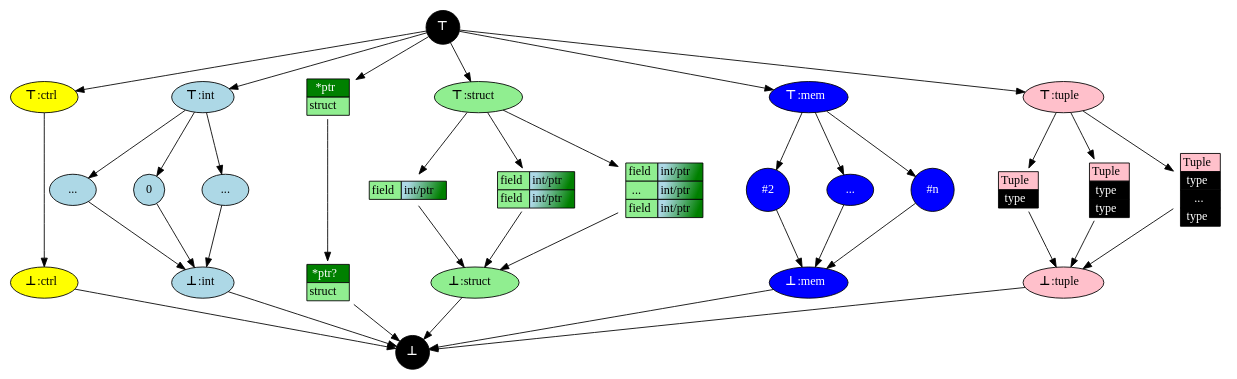
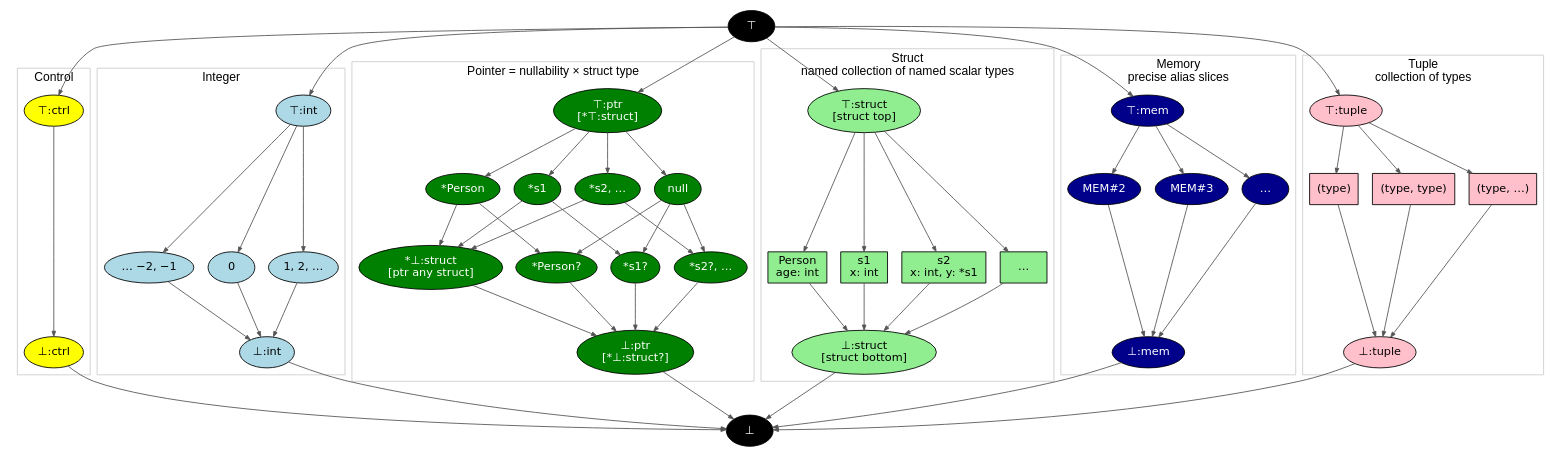
The diagram in chapter10b/docs/lattice.gv (SeaOfNodes/Simple), drawn with Graphviz before and after one commit. The commit also changed 28 other files, not shown here.

```diff
--- a/chapter10b/docs/lattice.gv
+++ b/chapter10b/docs/lattice.gv
@@ -1,161 +1,114 @@
 digraph Lattice {
-    compound = true;
-    // Define nodes
-    splines=false;
-    node [shape=circle, style=filled];
-    nodesep=0.6;
+    rankdir=TB;
+    newrank=true;
+    // Preserve the same-rank ordering edges through cluster layout.
+    remincross=false;
+    nodesep=0.22;
+    ranksep=0.65;
+    node [shape=ellipse, style=filled, fontname="DejaVu Sans", fontsize=13];
+    edge [color="#555555", arrowsize=0.6];
 
-    TOP [label=<<B>⊤</B >>, fillcolor=black, fontcolor=white];
-    BOT [label=<<B>⊥</B>>, fillcolor=black, fontcolor=white];
+    // These arrows are lattice-order edges, not use/definition edges.
+    TOP [label="⊤", fillcolor=black, fontcolor=white];
+    BOT [label="⊥", fillcolor=black, fontcolor=white];
 
-    // ----------------------
-    // Control
-    XCTRL [label=<<B>⊤</B >:ctrl>, fillcolor=yellow, shape=oval];
-    CTRL  [label=<<B>⊥</B>:ctrl>, fillcolor=yellow, shape=oval];
+    subgraph cluster_control {
+        label="Control"; fontname="Arial"; color="#cccccc";
+        node [fillcolor="#ffff00"];
+        XCTRL [label="⊤:ctrl"];
+        CTRL [label="⊥:ctrl"];
+        XCTRL -> CTRL;
+    }
 
-    TOP   -> XCTRL;
-    XCTRL -> CTRL;
-    CTRL  -> BOT;
+    subgraph cluster_integer {
+        label="Integer"; fontname="Arial"; color="#cccccc";
+        node [fillcolor="#add8e6"];
+        INT_TOP [label="⊤:int"];
+        INT_BOT [label="⊥:int"];
+        INT_NEG [label="… −2, −1"];
+        INT_ZERO [label="0"];
+        INT_POS [label="1, 2, …"];
+        {rank=same; INT_NEG; INT_ZERO; INT_POS;}
+        INT_NEG -> INT_ZERO -> INT_POS [style=invis];
+        INT_TOP -> {INT_NEG INT_ZERO INT_POS};
+        {INT_NEG INT_ZERO INT_POS} -> INT_BOT;
+    }
 
-    // ----------------------
-    // Integers
-    INT_TOP [label=<<B>⊤</B >:int>, fillcolor=lightblue, shape=oval];
-    INT_BOT [label=<<B>⊥</B>:int>, fillcolor=lightblue, shape=oval];
+    subgraph cluster_pointer {
+        label="Pointer = nullability × struct type";
+        fontname="Arial"; color="#cccccc";
+        node [fillcolor="#008000", fontcolor=white];
+        PTR_TOP [label="⊤:ptr\n[*⊤:struct]"];
+        PTR_BOT [label="⊥:ptr\n[*⊥:struct?]"];
+        PTR_NULL [label="null"];
+        PTR_ANY [label="*⊥:struct\n[ptr any struct]"];
+        PTR_PERSON [label="*Person"];
+        PTR_S1 [label="*s1"];
+        PTR_MORE [label="*s2, …"];
+        PTR_PERSON_NIL [label="*Person?"];
+        PTR_S1_NIL [label="*s1?"];
+        PTR_MORE_NIL [label="*s2?, …"];
+        {rank=same; PTR_PERSON; PTR_S1; PTR_MORE; PTR_NULL;}
+        {rank=same; PTR_ANY; PTR_PERSON_NIL; PTR_S1_NIL; PTR_MORE_NIL;}
+        PTR_PERSON -> PTR_S1 -> PTR_MORE -> PTR_NULL [style=invis];
+        PTR_ANY -> PTR_PERSON_NIL -> PTR_S1_NIL -> PTR_MORE_NIL [style=invis];
+        PTR_TOP -> {PTR_PERSON PTR_S1 PTR_MORE PTR_NULL};
+        {PTR_PERSON PTR_S1 PTR_MORE} -> PTR_ANY;
+        PTR_PERSON -> PTR_PERSON_NIL;
+        PTR_S1 -> PTR_S1_NIL;
+        PTR_MORE -> PTR_MORE_NIL;
+        PTR_NULL -> {PTR_PERSON_NIL PTR_S1_NIL PTR_MORE_NIL};
+        {PTR_ANY PTR_PERSON_NIL PTR_S1_NIL PTR_MORE_NIL} -> PTR_BOT;
+    }
 
-    INT_MINDOTS [label="...", fillcolor=lightblue, shape=oval];
-    INT_ZERO    [label="0"  , fillcolor=lightblue];
-    INT_MAXDOTS [label="...", fillcolor=lightblue, shape=oval];
+    subgraph cluster_struct {
+        label="Struct\nnamed collection of named scalar types";
+        fontname="Arial"; color="#cccccc";
+        node [fillcolor="#90ee90"];
+        STRUCT_TOP [label="⊤:struct\n[struct top]"];
+        STRUCT_BOT [label="⊥:struct\n[struct bottom]"];
+        STRUCT_PERSON [label="Person\nage: int", shape=box];
+        STRUCT_S1 [label="s1\nx: int", shape=box];
+        STRUCT_S2 [label="s2\nx: int, y: *s1", shape=box];
+        STRUCT_MORE [label="…", shape=box];
+        {rank=same; STRUCT_PERSON; STRUCT_S1; STRUCT_S2; STRUCT_MORE;}
+        STRUCT_PERSON -> STRUCT_S1 -> STRUCT_S2 -> STRUCT_MORE [style=invis];
+        STRUCT_TOP -> {STRUCT_PERSON STRUCT_S1 STRUCT_S2 STRUCT_MORE};
+        {STRUCT_PERSON STRUCT_S1 STRUCT_S2 STRUCT_MORE} -> STRUCT_BOT;
+    }
 
-    TOP         -> INT_TOP;
-    INT_TOP     -> INT_MINDOTS;
-    INT_TOP     -> INT_ZERO;
-    INT_TOP     -> INT_MAXDOTS;
-    INT_MINDOTS -> INT_BOT;
-    INT_ZERO    -> INT_BOT;
-    INT_MAXDOTS -> INT_BOT;
-    INT_BOT     -> BOT;
+    subgraph cluster_memory {
+        label="Memory\nprecise alias slices"; fontname="Arial"; color="#cccccc";
+        node [fillcolor="#00008b", fontcolor=white];
+        MEM_TOP [label="⊤:mem"];
+        MEM_BOT [label="⊥:mem"];
+        MEM_ALIAS2 [label="MEM#2"];
+        MEM_ALIAS3 [label="MEM#3"];
+        MEM_MORE [label="…"];
+        {rank=same; MEM_ALIAS2; MEM_ALIAS3; MEM_MORE;}
+        MEM_ALIAS2 -> MEM_ALIAS3 -> MEM_MORE [style=invis];
+        MEM_TOP -> {MEM_ALIAS2 MEM_ALIAS3 MEM_MORE};
+        {MEM_ALIAS2 MEM_ALIAS3 MEM_MORE} -> MEM_BOT;
+    }
 
-    INT_MINDOTS -> INT_ZERO -> INT_MAXDOTS [style=invis];
+    subgraph cluster_tuple {
+        label="Tuple\ncollection of types";
+        fontname="Arial"; color="#cccccc";
+        node [fillcolor="#ffc0cb"];
+        TUPLE_TOP [label="⊤:tuple"];
+        TUPLE_BOT [label="⊥:tuple"];
+        TUPLE1 [label="(type)", shape=box];
+        TUPLE2 [label="(type, type)", shape=box];
+        TUPLEN [label="(type, …)", shape=box];
+        {rank=same; TUPLE1; TUPLE2; TUPLEN;}
+        TUPLE1 -> TUPLE2 -> TUPLEN [style=invis];
+        TUPLE_TOP -> {TUPLE1 TUPLE2 TUPLEN};
+        {TUPLE1 TUPLE2 TUPLEN} -> TUPLE_BOT;
+    }
 
-    // ----------------------
-    // Pointers, just a boolean nil/not and a struct
-    PTR  [shape=none, fillcolor=none, label=<
-      <TABLE BORDER="0" CELLBORDER="1" CELLSPACING="0">
-        <TR><TD BGCOLOR="green"><FONT color="white">*ptr</FONT></TD></TR>
-        <TR><TD BGCOLOR="lightgreen">struct</TD></TR>
-      </TABLE>
-    >];
-    PTR0  [shape=none, fillcolor=none, label=<
-      <TABLE BORDER="0" CELLBORDER="1" CELLSPACING="0">
-        <TR><TD BGCOLOR="green"><FONT color="white">*ptr?</FONT></TD></TR>
-        <TR><TD BGCOLOR="lightgreen">struct</TD></TR>
-      </TABLE>
-    >];
-    
-    TOP  -> PTR;
-    PTR  -> PTR0;
-    PTR0 -> BOT;
-
-    // ----------------------
-    // Structs
-    STRUCT_TOP    [label=<<B>⊤</B >:struct>, fillcolor=lightgreen, shape=oval];
-    STRUCT_BOT    [label=<<B>⊥</B>:struct>, fillcolor=lightgreen, shape=oval];
-
-    STRUCT_S1  [shape=none, fillcolor=none, label=<
-      <TABLE BORDER="0" CELLBORDER="1" CELLSPACING="0">
-        <TR><TD BGCOLOR="lightgreen">field</TD><TD BGCOLOR="lightblue:green" gradientangle="315">int/ptr</TD></TR>
-      </TABLE>
-    >];
-    STRUCT_S2  [shape=none, fillcolor=none, label=<
-      <TABLE BORDER="0" CELLBORDER="1" CELLSPACING="0">
-        <TR><TD BGCOLOR="lightgreen">field</TD><TD BGCOLOR="lightblue:green" gradientangle="315">int/ptr</TD></TR>
-        <TR><TD BGCOLOR="lightgreen">field</TD><TD BGCOLOR="lightblue:green" gradientangle="315">int/ptr</TD></TR>
-      </TABLE>
-    >];
-    STRUCT_SN  [shape=none, fillcolor=none, label=<
-      <TABLE BORDER="0" CELLBORDER="1" CELLSPACING="0">
-        <TR><TD BGCOLOR="lightgreen">field</TD><TD BGCOLOR="lightblue:green" gradientangle="315">int/ptr</TD></TR>
-        <TR><TD BGCOLOR="lightgreen">...  </TD><TD BGCOLOR="lightblue:green" gradientangle="315">int/ptr</TD></TR>
-        <TR><TD BGCOLOR="lightgreen">field</TD><TD BGCOLOR="lightblue:green" gradientangle="315">int/ptr</TD></TR>
-      </TABLE>
-    >];
-
-
-    TOP          -> STRUCT_TOP;
-    STRUCT_TOP   -> STRUCT_S1;
-    STRUCT_TOP   -> STRUCT_S2;
-    STRUCT_TOP   -> STRUCT_SN;
-    STRUCT_S1    -> STRUCT_BOT;
-    STRUCT_S2    -> STRUCT_BOT;
-    STRUCT_SN    -> STRUCT_BOT;
-    STRUCT_BOT   -> BOT;
-
-    STRUCT_S1 -> STRUCT_S2 -> STRUCT_SN [style=invis];
-
-    // ----------------------
-    // Memory
-    MEM_TOP       [label=<<B>⊤</B >:mem>, fillcolor=blue, fontcolor=white, shape=oval];
-    MEM_BOT       [label=<<B>⊥</B>:mem>, fillcolor=blue, fontcolor=white, shape=oval];
-    MEM_ALIAS1    [label="#2"     , fillcolor=blue, fontcolor=white];
-    MEM_ALIASDOTS [label="..."    , fillcolor=blue, fontcolor=white, shape=oval];
-    MEM_ALIASN    [label="#n"     , fillcolor=blue, fontcolor=white];
-
-    TOP          -> MEM_TOP;
-    MEM_TOP      -> MEM_ALIAS1;
-    MEM_TOP      -> MEM_ALIASDOTS;
-    MEM_TOP      -> MEM_ALIASN;
-    MEM_ALIAS1   -> MEM_BOT;
-    MEM_ALIASDOTS -> MEM_BOT;
-    MEM_ALIASN    -> MEM_BOT;
-    MEM_BOT       -> BOT;
-
-    MEM_ALIAS1 -> MEM_ALIASDOTS -> MEM_ALIASN [style=invis];
-
-    // ----------------------
-    // Tuples
-
-    TUPLE_TOP [label=<<B>⊤</B >:tuple>, fillcolor=pink, shape=oval];
-    TUPLE_BOT [label=<<B>⊥</B>:tuple>, fillcolor=pink, shape=oval];
-
-    TUPLE1 [shape=none, fillcolor=none, label=<
-      <TABLE BORDER="0" CELLBORDER="1" CELLSPACING="0">
-        <TR><TD BGCOLOR="pink">Tuple</TD></TR>
-        <TR><TD BGCOLOR="black" ><FONT color="white">type</FONT></TD></TR>
-      </TABLE>
-    >];
-    TUPLE2 [shape=none, fillcolor=none, label=<
-      <TABLE BORDER="0" CELLBORDER="1" CELLSPACING="0">
-        <TR><TD BGCOLOR="pink">Tuple</TD></TR>
-        <TR><TD BGCOLOR="black" ><FONT color="white">type</FONT></TD></TR>
-        <TR><TD BGCOLOR="black" ><FONT color="white">type</FONT></TD></TR>
-      </TABLE>
-    >];
-    TUPLEN [shape=none, fillcolor=none, label=<
-      <TABLE BORDER="0" CELLBORDER="1" CELLSPACING="0">
-        <TR><TD BGCOLOR="pink">Tuple</TD></TR>
-        <TR><TD BGCOLOR="black" ><FONT color="white">type</FONT></TD></TR>
-        <TR><TD BGCOLOR="black" ><FONT color="white">...</FONT></TD></TR>
-        <TR><TD BGCOLOR="black" ><FONT color="white">type</FONT></TD></TR>
-      </TABLE>
-    >];
-
-
-    TOP -> TUPLE_TOP;
-    TUPLE_TOP -> TUPLE1;
-    TUPLE_TOP -> TUPLE2;
-    TUPLE_TOP -> TUPLEN;
-    TUPLE1 -> TUPLE_BOT;
-    TUPLE2 -> TUPLE_BOT;
-    TUPLEN -> TUPLE_BOT;
-    TUPLE_BOT -> BOT;
-
-    // ----------------------
-    // Additional customization
-    {rank=same; TOP;}
-    {rank=same; INT_TOP; XCTRL; STRUCT_TOP; MEM_TOP; TUPLE_TOP}
-    {rank=same; INT_MINDOTS; INT_ZERO; INT_MAXDOTS;
-                STRUCT_S1; STRUCT_S2; STRUCT_SN;
-                MEM_ALIAS1; MEM_ALIASDOTS; MEM_ALIASN;}
-    {rank=same; INT_BOT; CTRL; STRUCT_BOT; MEM_BOT; TUPLE_BOT}
-    {rank=same; BOT;}
+    TOP -> {XCTRL INT_TOP PTR_TOP STRUCT_TOP MEM_TOP TUPLE_TOP};
+    {CTRL INT_BOT PTR_BOT STRUCT_BOT MEM_BOT TUPLE_BOT} -> BOT;
+    {rank=same; XCTRL; INT_TOP; PTR_TOP; STRUCT_TOP; MEM_TOP; TUPLE_TOP;}
+    {rank=same; CTRL; INT_BOT; PTR_BOT; STRUCT_BOT; MEM_BOT; TUPLE_BOT;}
+    XCTRL -> INT_TOP -> PTR_TOP -> STRUCT_TOP -> MEM_TOP -> TUPLE_TOP [style=invis];
 }
```
